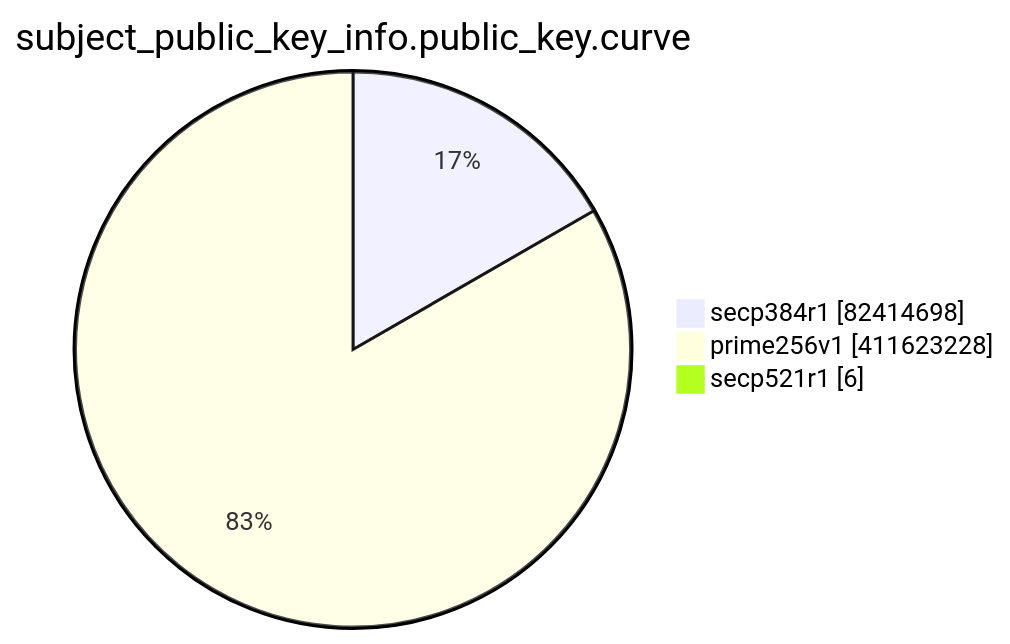
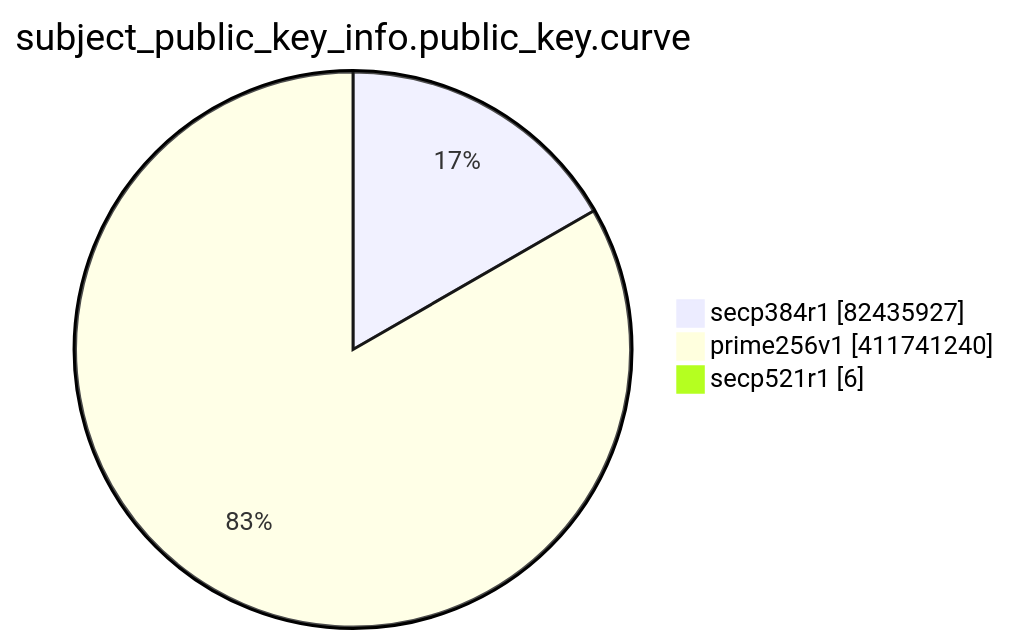
One commit to christiankrug/ctmonitor_visualization changed the eighth of 15 diagrams in TOTAL/README.md. Above: the diagram before and after it, drawn with Mermaid. The commit also changed other lines of this file, not shown here.

````diff
--- a/TOTAL/README.md
+++ b/TOTAL/README.md
@@ -3097,7 +3097,7 @@
 ```mermaid
 pie showData
 title subject_public_key_info.public_key.curve
-"secp384r1" :82414698
-"prime256v1" :411623228
+"secp384r1" :82435927
+"prime256v1" :411741240
 "secp521r1" :6
 ```
````
